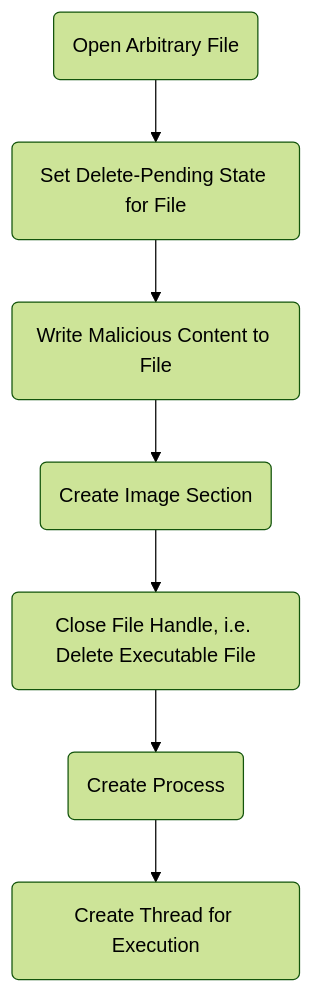
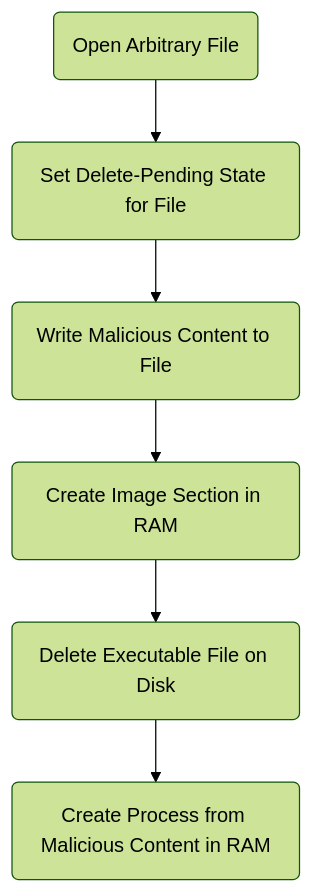
Before and after one commit to niri81/process-ghosting: the third of 3 diagrams in presentation/slides.md, drawn with Mermaid (forest theme). The commit also changed other lines of this file, not shown here.

````diff
--- a/presentation/slides.md
+++ b/presentation/slides.md
@@ -167,12 +167,11 @@
 ```mermaid
 graph TD
 A(Open Arbitrary File)
 F(Set Delete-Pending State for File)
 G(Write Malicious Content to File)
-B(Create Image Section)
-C(Close File Handle, i.e. Delete Executable File)
-D(Create Process)
-E(Create Thread for Execution)
+B(Create Image Section in RAM)
+C(Delete Executable File on Disk)
+D(Create Process from Malicious Content in RAM)
 
-A --> F --> G --> B --> C --> D --> E
+A --> F --> G --> B --> C --> D
 ```
````
